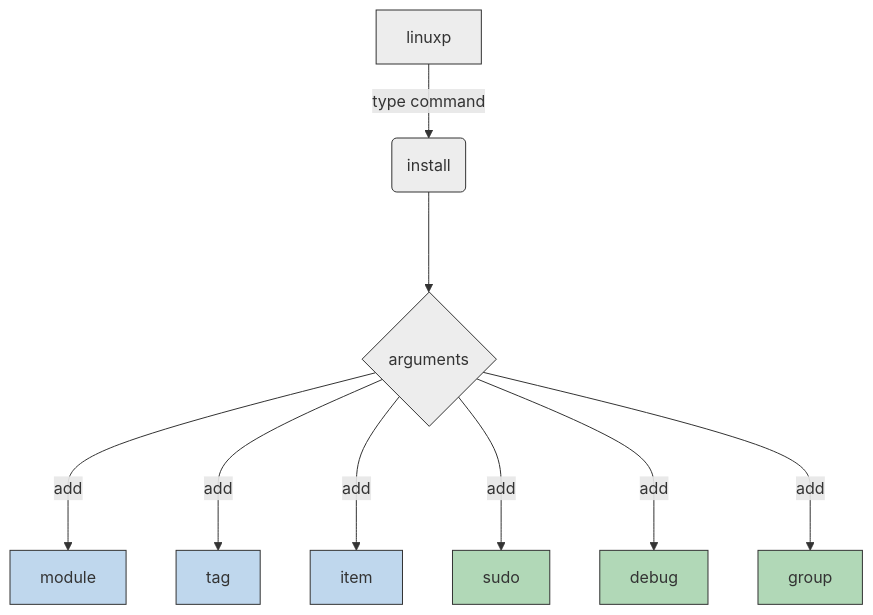
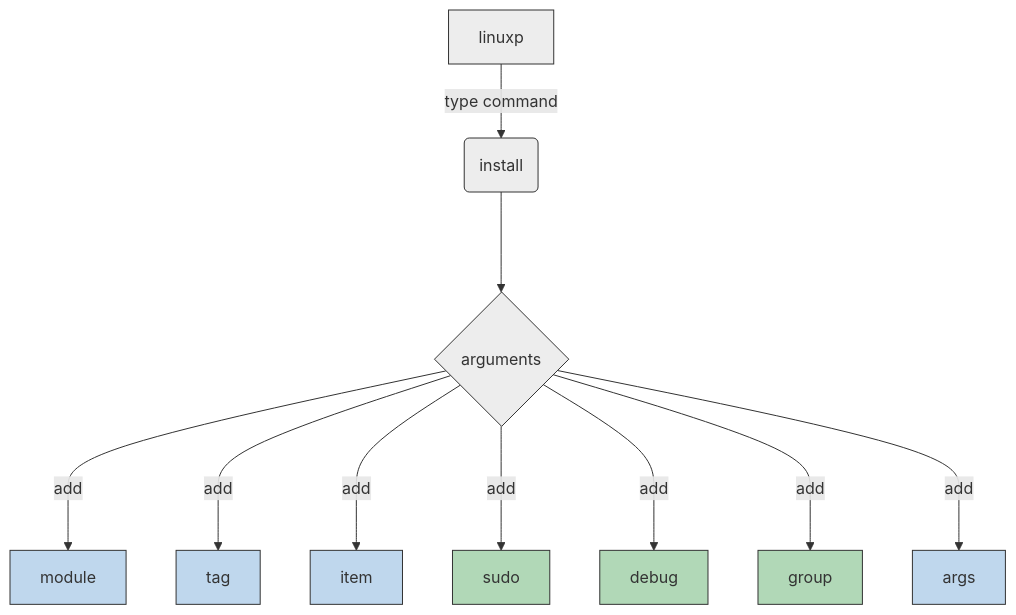
The diagram in docs/nav/commands/install/index.md (linux-profile/linux-profile), drawn with Mermaid before and after one commit. The commit also changed other lines of this file and 1 other file, not shown here.

````diff
--- a/docs/nav/commands/install/index.md
+++ b/docs/nav/commands/install/index.md
@@ -32,22 +33,24 @@
 ``` mermaid
 graph TD
     L[linuxp] -->|type command| i(install)
     i ---> option_i{arguments}
     option_i --->|add| arg_i_module[module]
     option_i --->|add| arg_i_tag[tag]
     option_i --->|add| arg_i_item[item]
     option_i --->|add| arg_i_sudo[sudo]
     option_i --->|add| arg_i_debug[debug]
     option_i --->|add| arg_i_group[group]
+    option_i --->|add| arg_i_args[args]
 
     style arg_i_module fill:#BFD7ED,stroke:#333
     style arg_i_tag fill:#BFD7ED,stroke:#333
     style arg_i_item fill:#BFD7ED,stroke:#333
     style arg_i_sudo fill:#B1D8B7,stroke:#333
     style arg_i_debug fill:#B1D8B7,stroke:#333
     style arg_i_group fill:#B1D8B7,stroke:#333
+    style arg_i_args fill:#BFD7ED,stroke:#333
 
     style L fill:#ededed,stroke:#333
     style i fill:#ededed,stroke:#333
     style option_i fill:#ededed,stroke:#333
 ```
````
